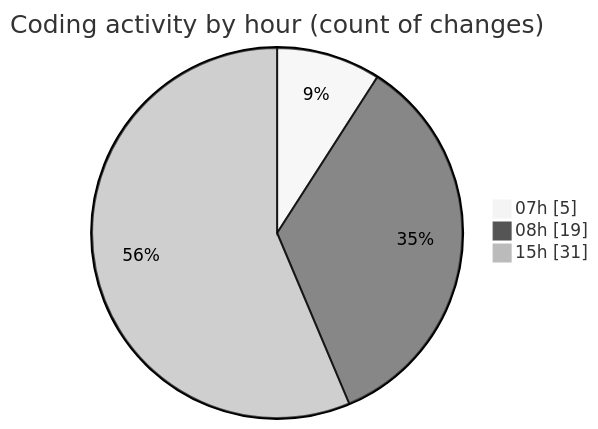
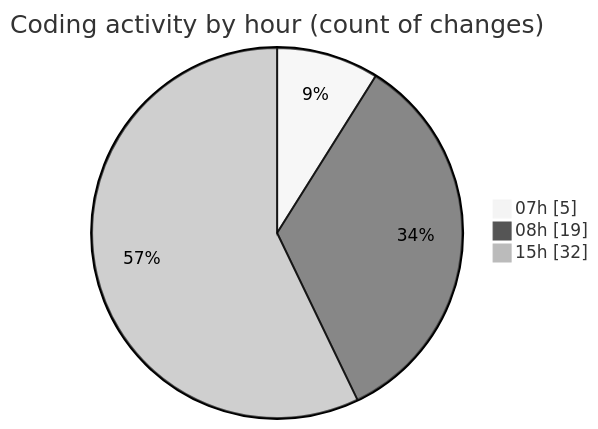
The second of 2 diagrams in 2025-02-07/mbc-web/README.md (robertbonfada/code-tracking), drawn with Mermaid (neutral theme) before and after one commit. The commit also changed other lines of this file and 1 other file, not shown here.

````diff
--- a/2025-02-07/mbc-web/README.md
+++ b/2025-02-07/mbc-web/README.md
@@ -36,7 +37,7 @@
 ```mermaid
 pie showData
 title Coding activity by hour (count of changes)
 "07h" : 5
 "08h" : 19
-"15h" : 31
+"15h" : 32
 ```
````
